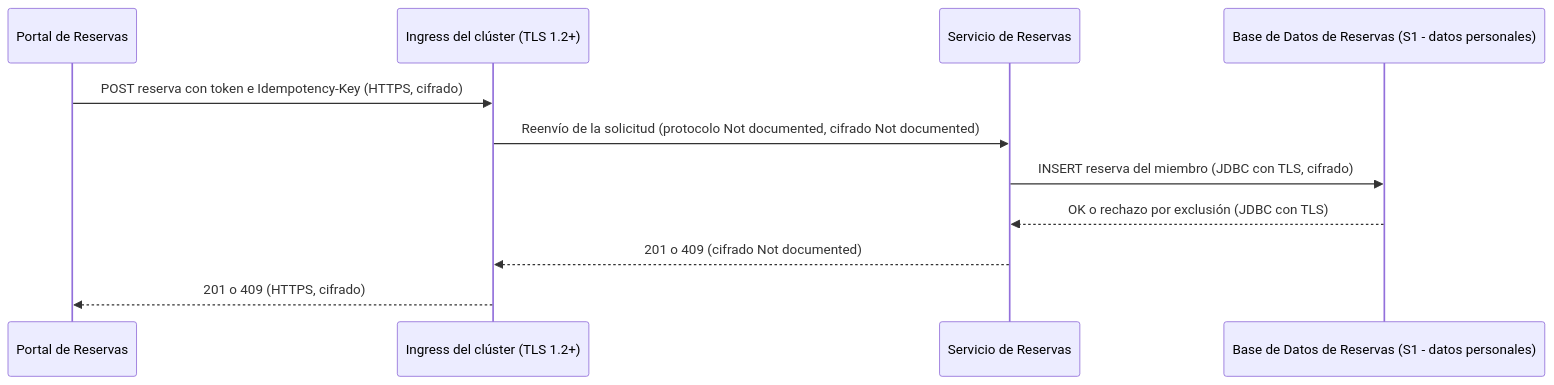
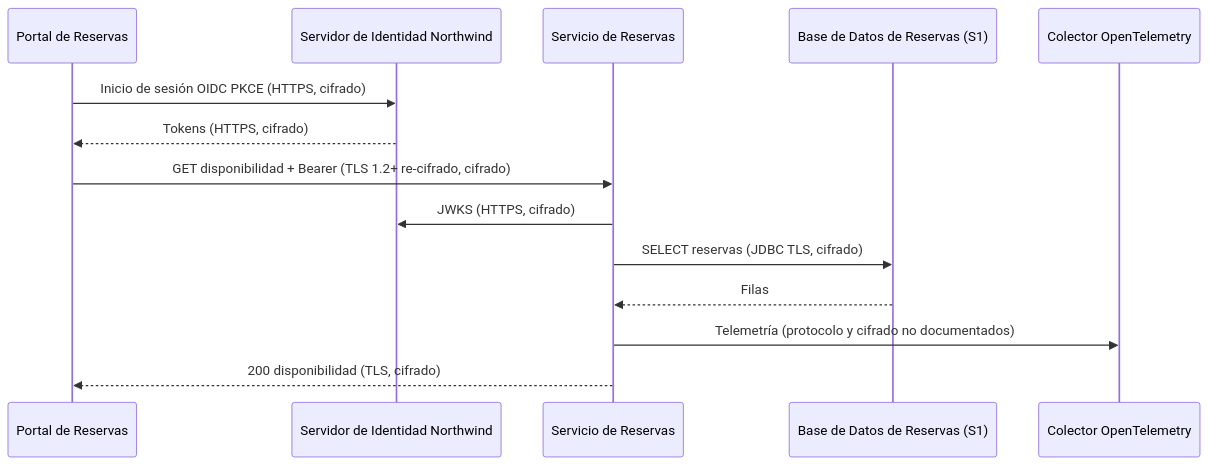
The first of 3 diagrams in analysis/DATA-SENSITIVITY-2026-11-03.md (shadowX4fox/northwind-reservas), drawn with Mermaid before and after one commit. The commit also changed other lines of this file and 7 other files, not shown here.

````diff
--- a/analysis/DATA-SENSITIVITY-2026-11-03.md
+++ b/analysis/DATA-SENSITIVITY-2026-11-03.md
@@ -54,13 +57,16 @@
 ```mermaid
 sequenceDiagram
-  participant Portal as Portal de Reservas
-  participant Ingress as Ingress del clúster (TLS 1.2+)
-  participant Servicio as Servicio de Reservas
-  participant DB as Base de Datos de Reservas (S1 - datos personales)
-  Portal->>Ingress: POST reserva con token e Idempotency-Key (HTTPS, cifrado)
-  Ingress->>Servicio: Reenvío de la solicitud (protocolo Not documented, cifrado Not documented)
-  Servicio->>DB: INSERT reserva del miembro (JDBC con TLS, cifrado)
-  DB-->>Servicio: OK o rechazo por exclusión (JDBC con TLS)
-  Servicio-->>Ingress: 201 o 409 (cifrado Not documented)
-  Ingress-->>Portal: 201 o 409 (HTTPS, cifrado)
+  participant P as Portal de Reservas
+  participant IdP as Servidor de Identidad Northwind
+  participant S as Servicio de Reservas
+  participant DB as Base de Datos de Reservas (S1)
+  participant OT as Colector OpenTelemetry
+  P->>IdP: Inicio de sesión OIDC PKCE (HTTPS, cifrado)
+  IdP-->>P: Tokens (HTTPS, cifrado)
+  P->>S: GET disponibilidad + Bearer (TLS 1.2+ re-cifrado, cifrado)
+  S->>IdP: JWKS (HTTPS, cifrado)
+  S->>DB: SELECT reservas (JDBC TLS, cifrado)
+  DB-->>S: Filas
+  S->>OT: Telemetría (protocolo y cifrado no documentados)
+  S-->>P: 200 disponibilidad (TLS, cifrado)
 ```
````
